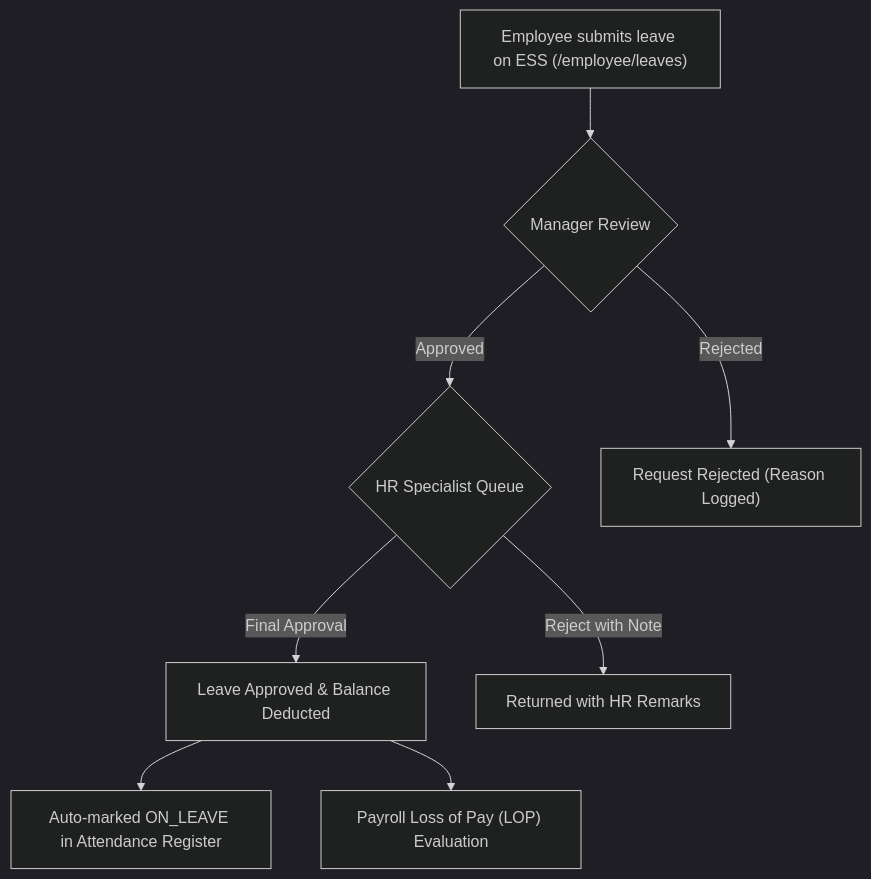
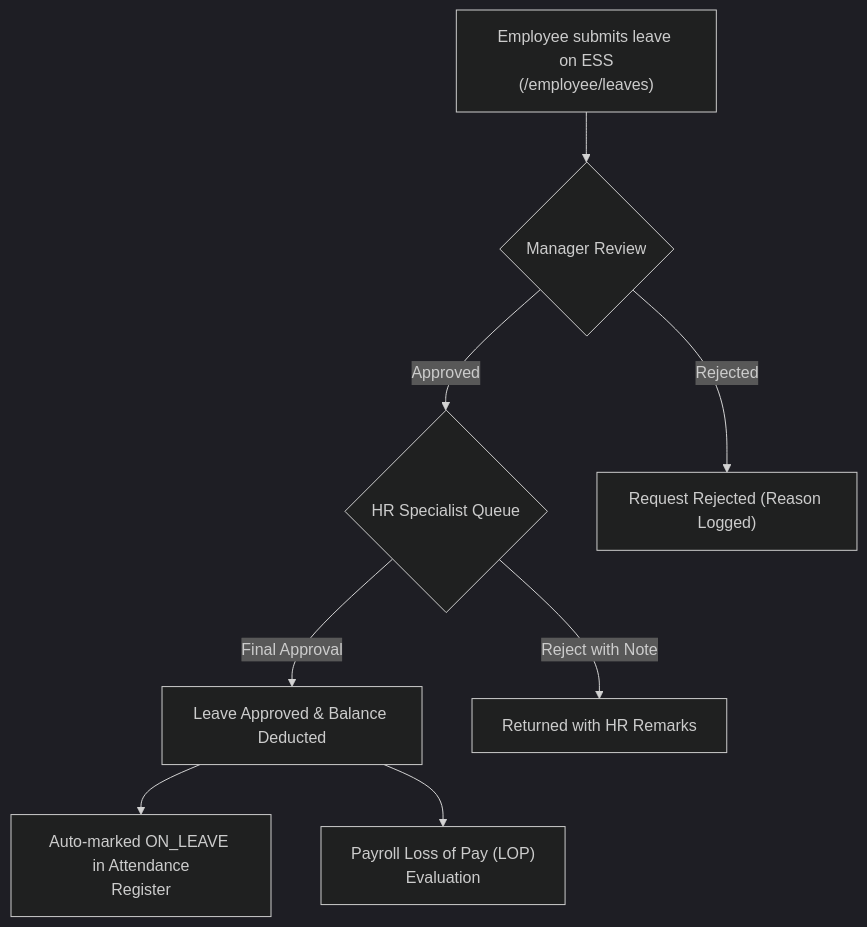
The first of 2 diagrams in docs/hrms-hr/leaves.md (SRJ-GROUP/hubnest_user_guide), drawn with Mermaid (dark theme) before and after one commit. The commit also changed 161 other files, not shown here.

Commit message:
feat: complete HubMeet suite, supervisor portal docs, diagram fixes, and interactive eye-button zoom modal

````diff
--- a/docs/hrms-hr/leaves.md
+++ b/docs/hrms-hr/leaves.md
@@ -20,10 +20,10 @@
 ```mermaid
 graph TD
-    Emp["Employee submits leave on ESS (/employee/leaves)"] --> Mgr{"Manager Review"}
+    Emp["Employee submits leave on ESS<br/>(/employee/leaves)"] --> Mgr{"Manager Review"}
     Mgr -->|Approved| HRGate{"HR Specialist Queue"}
     Mgr -->|Rejected| Denied["Request Rejected (Reason Logged)"]
     HRGate -->|Final Approval| Granted["Leave Approved & Balance Deducted"]
     HRGate -->|Reject with Note| RejectHR["Returned with HR Remarks"]
-    Granted --> AttSync["Auto-marked ON_LEAVE in Attendance Register"]
-    Granted --> PaySync["Payroll Loss of Pay (LOP) Evaluation"]
+    Granted --> AttSync["Auto-marked ON_LEAVE in Attendance<br/>Register"]
+    Granted --> PaySync["Payroll Loss of Pay (LOP)<br/>Evaluation"]
 ```
````
